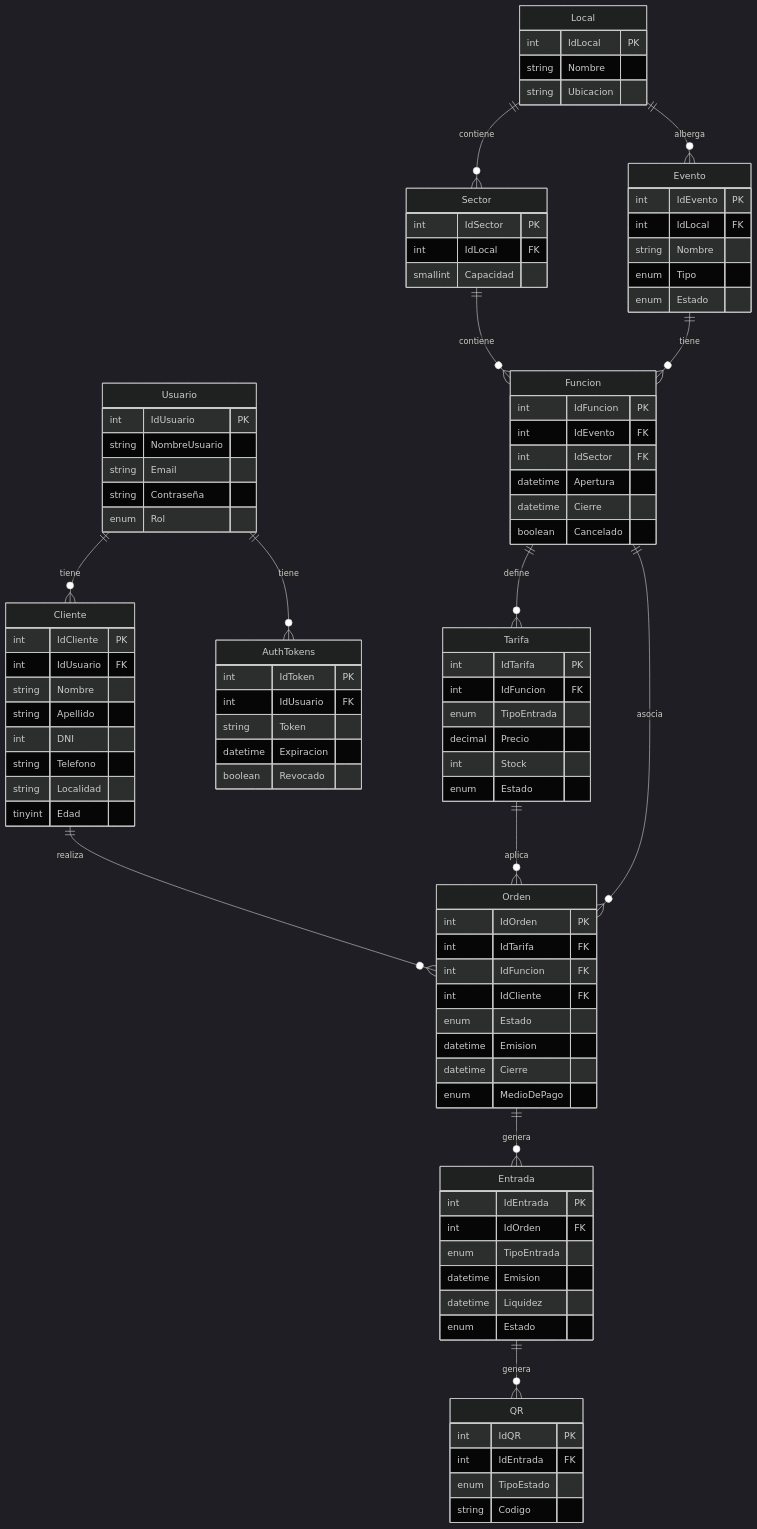
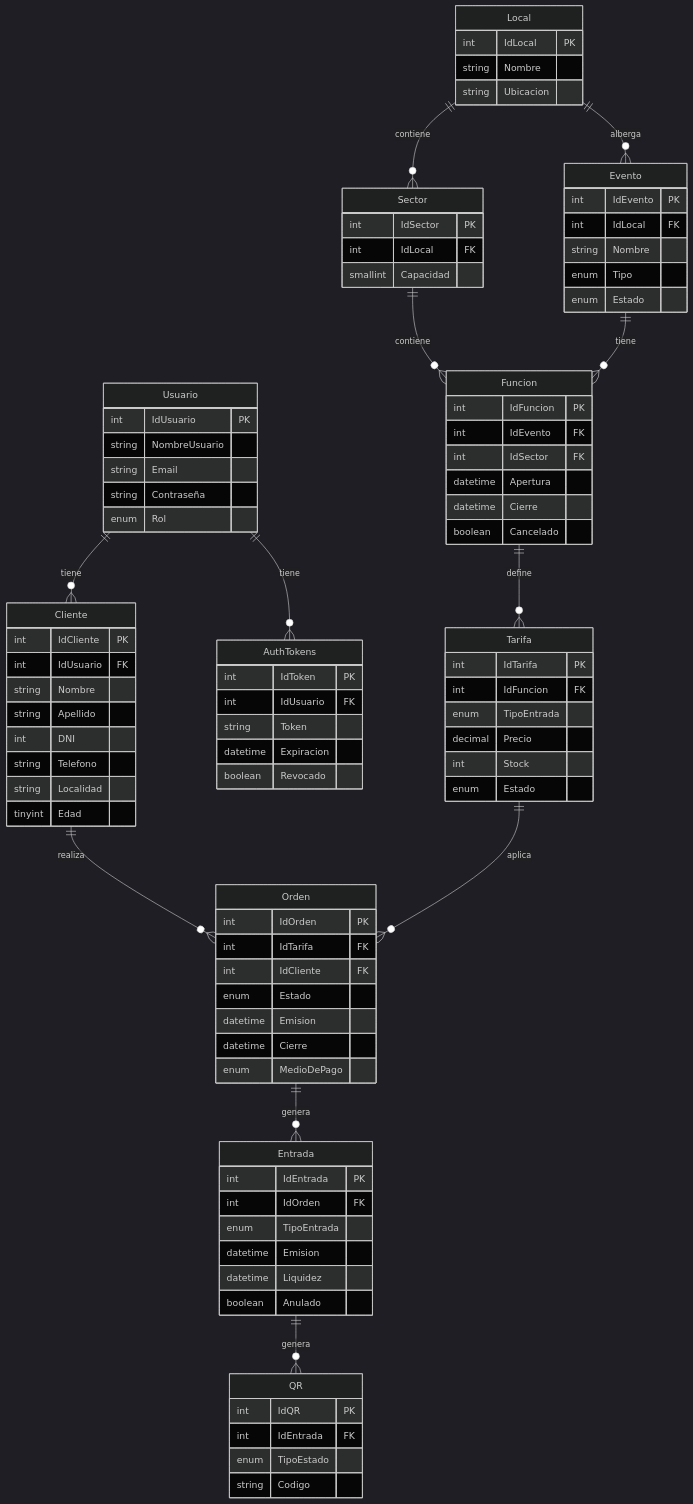
One commit to RodPTZ/Qr_Aplicacion changed the diagram in docs/DER.md. Above: the diagram before and after it, drawn with Mermaid (dark theme). The commit also changed 33 other files, not shown here.

```diff
--- a/docs/DER.md
+++ b/docs/DER.md
@@ -60,7 +60,6 @@
     Orden {
         int IdOrden PK
         int IdTarifa FK
-        int IdFuncion FK
         int IdCliente FK
         enum Estado
         datetime Emision
@@ -74,7 +73,7 @@
         enum TipoEntrada
         datetime Emision
         datetime Liquidez
-        enum Estado
+        boolean Anulado
     }
 
     QR {
@@ -100,7 +99,6 @@
     Sector ||--o{ Funcion : "contiene"
     Funcion ||--o{ Tarifa : "define"
     Cliente ||--o{ Orden : "realiza"
-    Funcion ||--o{ Orden : "asocia"
     Tarifa ||--o{ Orden : "aplica"
     Orden ||--o{ Entrada : "genera"
     Entrada ||--o{ QR : "genera"
```
